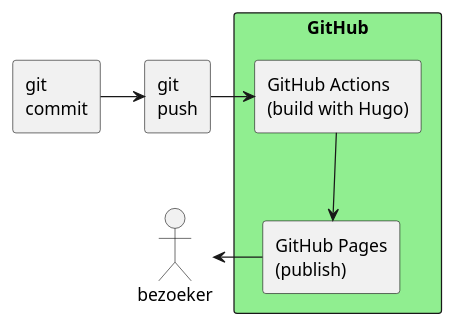
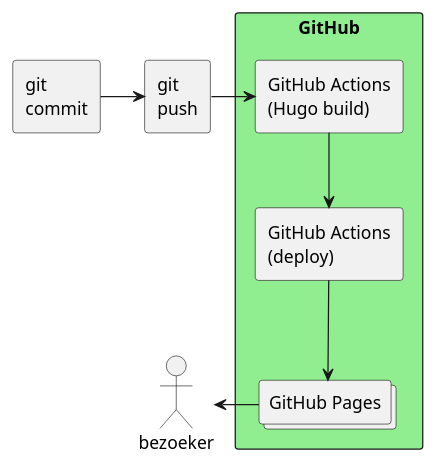
Before and after one commit to tonvanbart/jamstack-talk: the diagram in workflow.puml, drawn with PlantUML. The commit also changed 3 other files, not shown here.

```diff
--- a/workflow.puml
+++ b/workflow.puml
@@ -1,16 +1,18 @@
 @startuml
 
 rectangle "git\ncommit" as commit
 rectangle "git\npush" as push
 actor bezoeker
 
 rectangle "GitHub" #LightGreen {
-rectangle "GitHub Actions\n(build with Hugo)" as actions
-rectangle "GitHub Pages\n(publish)" as pages
+rectangle "GitHub Actions\n(Hugo build)" as actions
+rectangle "GitHub Actions\n(deploy)" as deploy 
+collections "GitHub Pages" as pages
 }
 
 commit -right-> push
 push -right-> actions
-actions -down-> pages
+actions -down-> deploy
+deploy -down-> pages 
 pages -left-> bezoeker 
 @enduml
```
